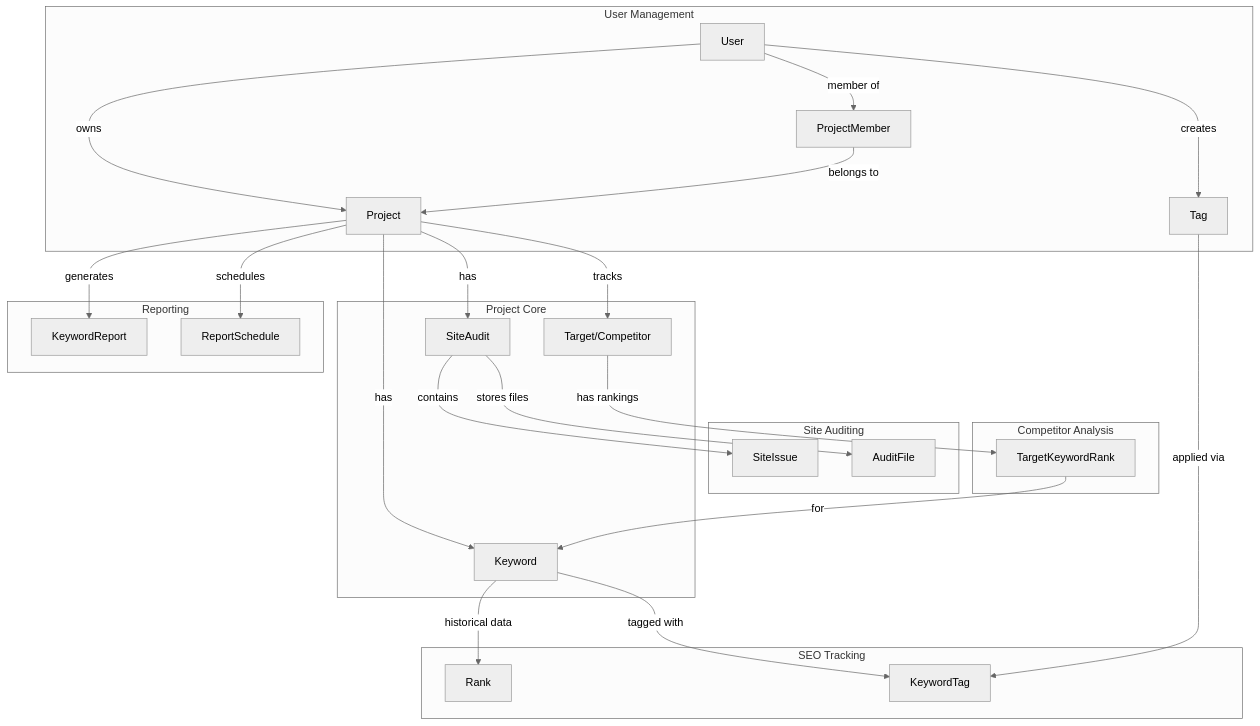
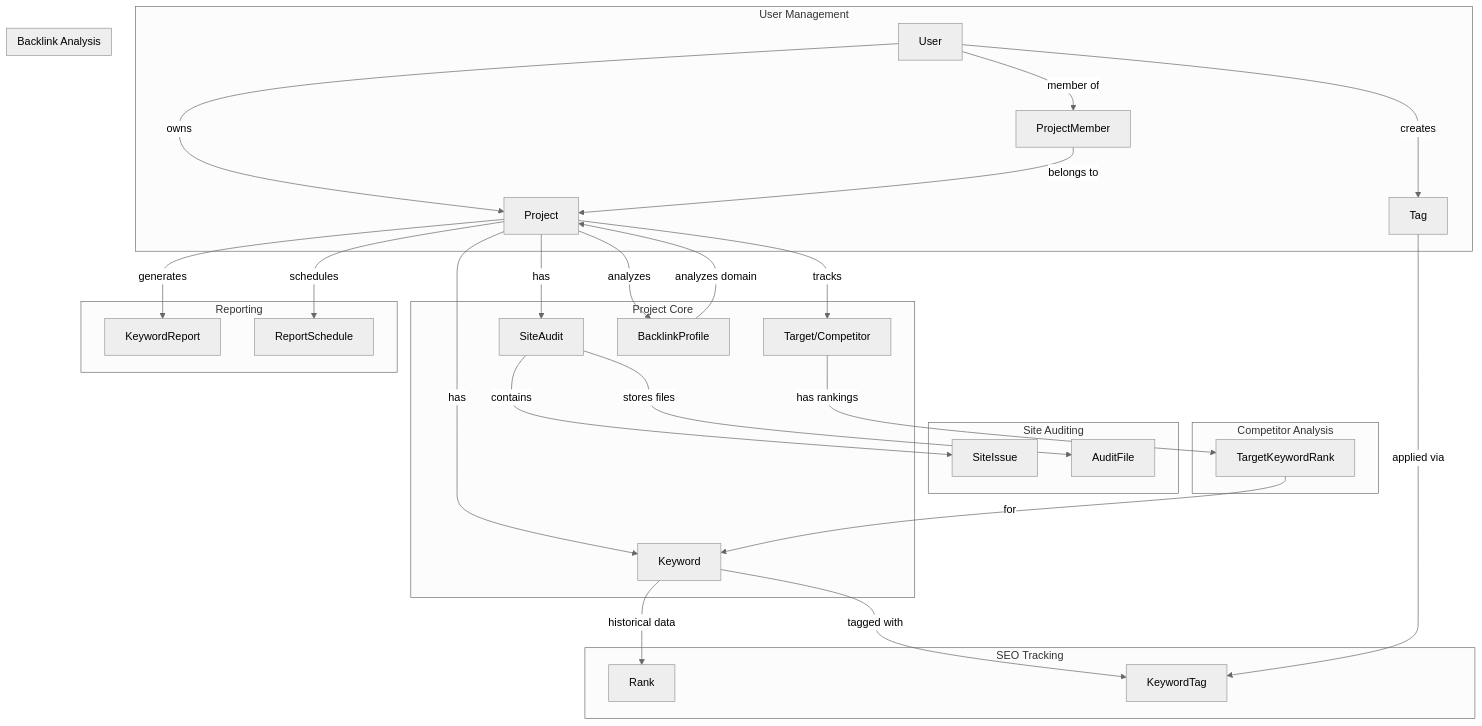
Before and after one commit to limeclicks/limeclicks: the second of 7 diagrams in ERD_DIAGRAM.md, drawn with Mermaid (neutral theme). The commit also changed other lines of this file and 4 other files, not shown here.

````diff
--- a/ERD_DIAGRAM.md
+++ b/ERD_DIAGRAM.md
@@ -319,43 +359,49 @@
 ```mermaid
 graph TB
     subgraph "User Management"
         User[User]
         User --> |owns| Project
         User --> |member of| ProjectMember
         User --> |creates| Tag
     end
     
     subgraph "Project Core"
         Project[Project]
         Project --> |has| Keyword
         Project --> |has| SiteAudit
         Project --> |tracks| Target
+        Project --> |analyzes| BacklinkProfile
         ProjectMember --> |belongs to| Project
     end
     
     subgraph "SEO Tracking"
         Keyword[Keyword]
         Keyword --> |historical data| Rank
         Keyword --> |tagged with| KeywordTag
         Tag --> |applied via| KeywordTag
     end
     
     subgraph "Site Auditing"
         SiteAudit[SiteAudit]
         SiteAudit --> |contains| SiteIssue
         SiteAudit --> |stores files| AuditFile
     end
     
     subgraph "Competitor Analysis"
         Target[Target/Competitor]
         Target --> |has rankings| TargetKeywordRank
         TargetKeywordRank --> |for| Keyword
     end
     
+    subgraph "Backlink Analysis"
+        BacklinkProfile[BacklinkProfile]
+        BacklinkProfile --> |analyzes domain| Project
+    end
+    
     subgraph "Reporting"
         KeywordReport[KeywordReport]
         ReportSchedule[ReportSchedule]
         Project --> |generates| KeywordReport
         Project --> |schedules| ReportSchedule
     end
 ```
````
